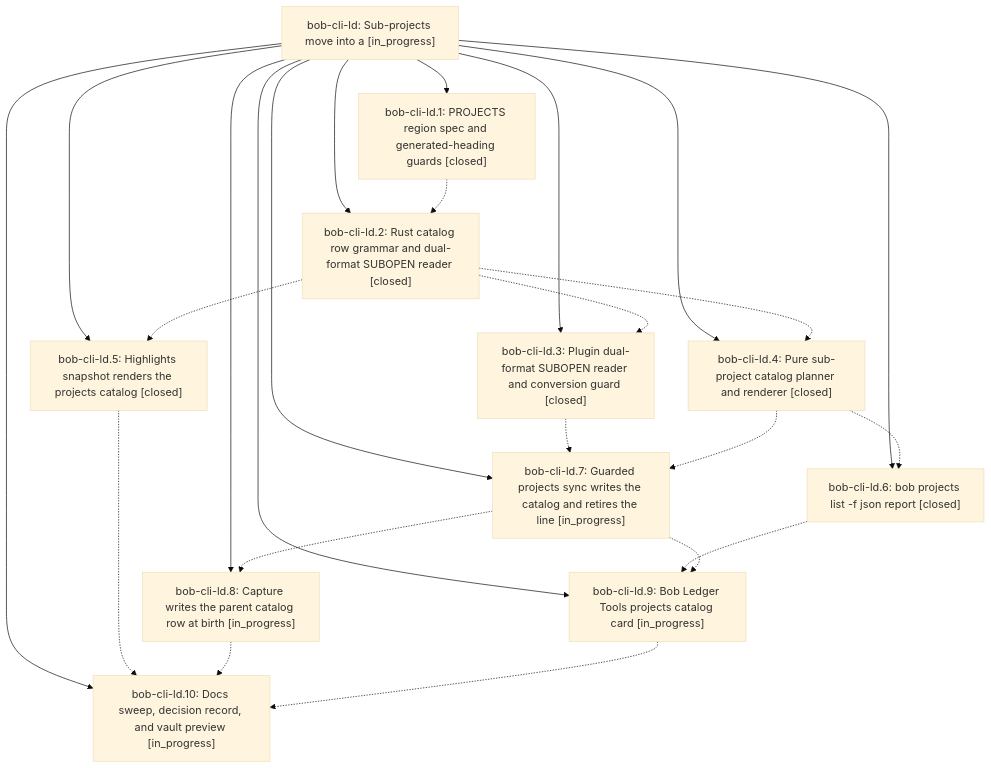
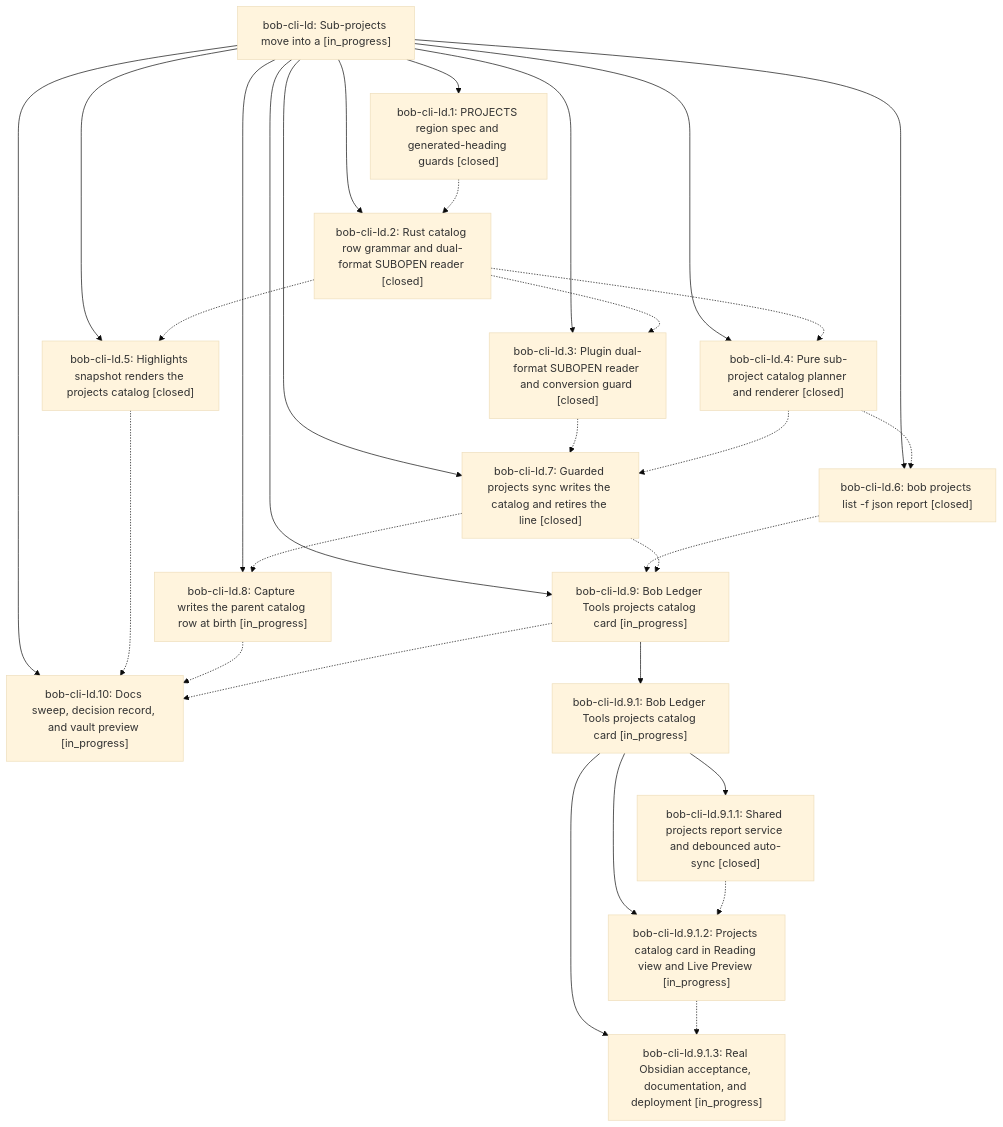
Before and after one commit to bobs-org/bob-cli--beads: the diagram in pages/bob-cli-ld/README.md, drawn with Mermaid (base theme). The commit also changed other lines of this file and 9 other files, not shown here.

First line of the commit message:
chore(beads): sync bead state and pages for bob-cli-ld

````diff
--- a/pages/bob-cli-ld/README.md
+++ b/pages/bob-cli-ld/README.md
@@ -45,37 +45,47 @@
 ```mermaid
 flowchart TD
     n0["bob-cli-ld: Sub-projects move into a [in_progress]"]
     n1["bob-cli-ld.1: PROJECTS region spec and generated-heading guards [closed]"]
     n2["bob-cli-ld.10: Docs sweep, decision record, and vault preview [in_progress]"]
     n3["bob-cli-ld.2: Rust catalog row grammar and dual-format SUBOPEN reader [closed]"]
     n4["bob-cli-ld.3: Plugin dual-format SUBOPEN reader and conversion guard [closed]"]
     n5["bob-cli-ld.4: Pure sub-project catalog planner and renderer [closed]"]
     n6["bob-cli-ld.5: Highlights snapshot renders the projects catalog [closed]"]
     n7["bob-cli-ld.6: bob projects list -f json report [closed]"]
-    n8["bob-cli-ld.7: Guarded projects sync writes the catalog and retires the line [in_progress]"]
+    n8["bob-cli-ld.7: Guarded projects sync writes the catalog and retires the line [closed]"]
     n9["bob-cli-ld.8: Capture writes the parent catalog row at birth [in_progress]"]
     n10["bob-cli-ld.9: Bob Ledger Tools projects catalog card [in_progress]"]
+    n11["bob-cli-ld.9.1: Bob Ledger Tools projects catalog card [in_progress]"]
+    n12["bob-cli-ld.9.1.1: Shared projects report service and debounced auto-sync [closed]"]
+    n13["bob-cli-ld.9.1.2: Projects catalog card in Reading view and Live Preview [in_progress]"]
+    n14["bob-cli-ld.9.1.3: Real Obsidian acceptance, documentation, and deployment [in_progress]"]
     n0 --> n1
     n0 --> n2
     n0 --> n3
     n0 --> n4
     n0 --> n5
     n0 --> n6
     n0 --> n7
     n0 --> n8
     n0 --> n9
     n0 --> n10
+    n10 --> n11
+    n11 --> n12
+    n11 --> n13
+    n11 --> n14
     n1 -.-> n3
     n3 -.-> n4
     n3 -.-> n5
     n3 -.-> n6
     n4 -.-> n8
     n5 -.-> n7
     n5 -.-> n8
     n6 -.-> n2
     n7 -.-> n10
     n8 -.-> n9
     n8 -.-> n10
     n9 -.-> n2
     n10 -.-> n2
+    n12 -.-> n13
+    n13 -.-> n14
 ```
````
